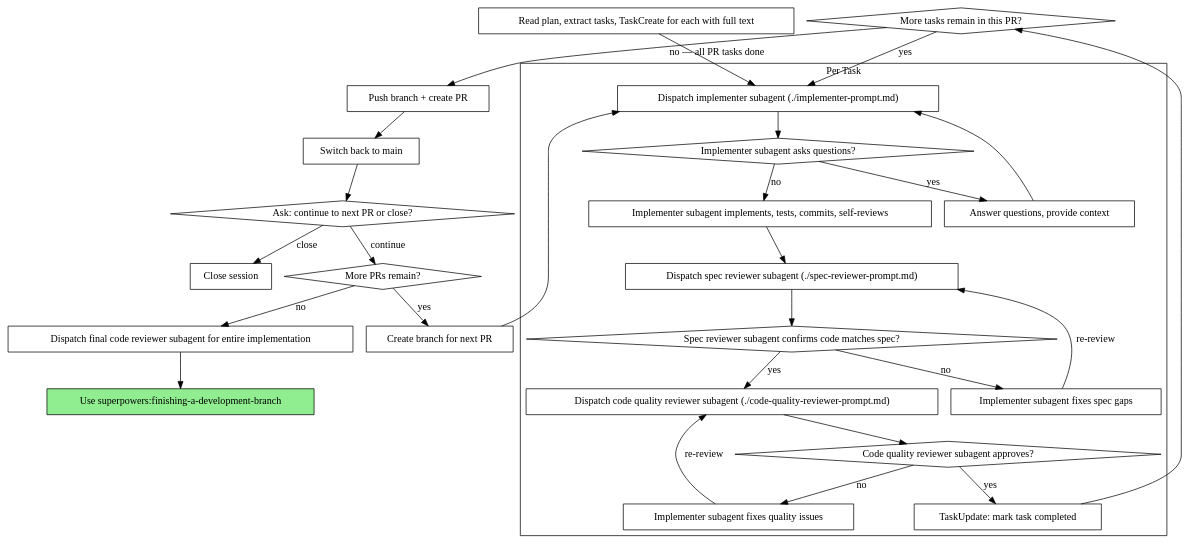
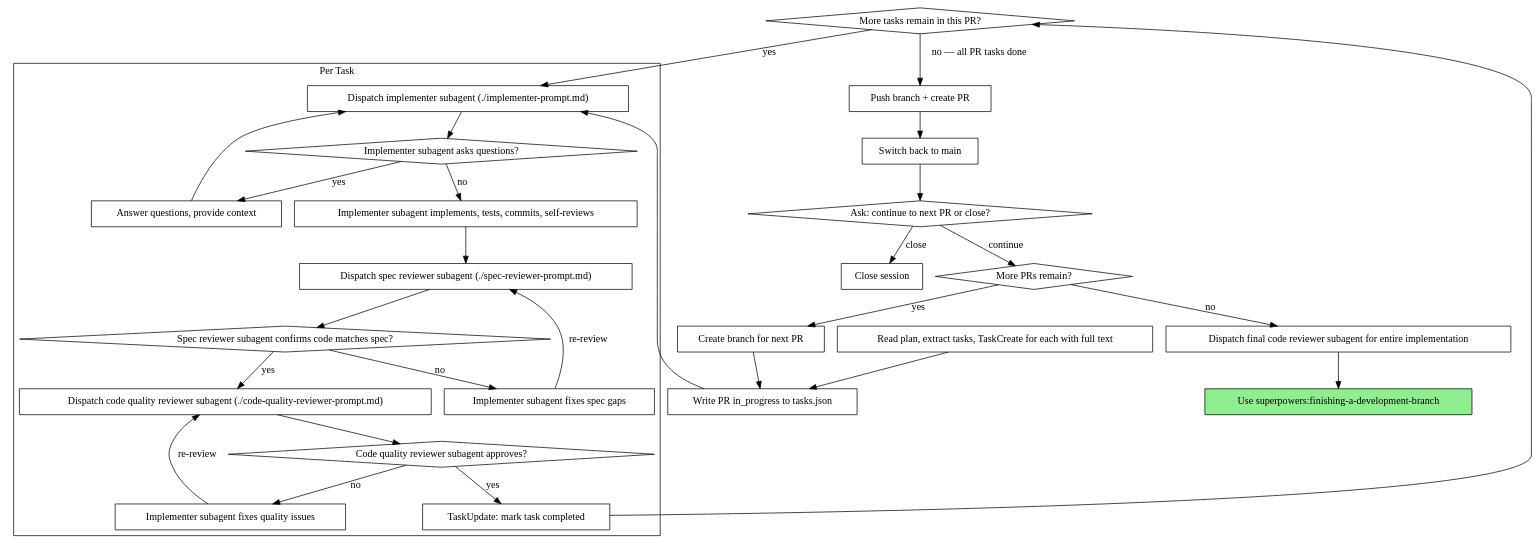
The second of 2 diagrams in plugins/superpowers/skills/subagent-driven-development/SKILL.md (oskar-dragon/claude-code), drawn with Graphviz before and after one commit. The commit also changed other lines of this file, not shown here.

Commit message:
fix(subagent-driven): add session-start tasks.json check and in_progress node to graph

````diff
--- a/plugins/superpowers/skills/subagent-driven-development/SKILL.md
+++ b/plugins/superpowers/skills/subagent-driven-development/SKILL.md
@@ -41,57 +46,59 @@
 ```dot
 digraph process {
     rankdir=TB;
 
     subgraph cluster_per_task {
         label="Per Task";
         "Dispatch implementer subagent (./implementer-prompt.md)" [shape=box];
         "Implementer subagent asks questions?" [shape=diamond];
         "Answer questions, provide context" [shape=box];
         "Implementer subagent implements, tests, commits, self-reviews" [shape=box];
         "Dispatch spec reviewer subagent (./spec-reviewer-prompt.md)" [shape=box];
         "Spec reviewer subagent confirms code matches spec?" [shape=diamond];
         "Implementer subagent fixes spec gaps" [shape=box];
         "Dispatch code quality reviewer subagent (./code-quality-reviewer-prompt.md)" [shape=box];
         "Code quality reviewer subagent approves?" [shape=diamond];
         "Implementer subagent fixes quality issues" [shape=box];
         "TaskUpdate: mark task completed" [shape=box];
     }
 
     "Read plan, extract tasks, TaskCreate for each with full text" [shape=box];
+    "Write PR in_progress to tasks.json" [shape=box];
     "More tasks remain in this PR?" [shape=diamond];
     "Push branch + create PR" [shape=box];
     "Switch back to main" [shape=box];
     "Create branch for next PR" [shape=box];
     "Ask: continue to next PR or close?" [shape=diamond];
     "Close session" [shape=box];
     "More PRs remain?" [shape=diamond];
     "Dispatch final code reviewer subagent for entire implementation" [shape=box];
     "Use superpowers:finishing-a-development-branch" [shape=box style=filled fillcolor=lightgreen];
 
-    "Read plan, extract tasks, TaskCreate for each with full text" -> "Dispatch implementer subagent (./implementer-prompt.md)";
+    "Read plan, extract tasks, TaskCreate for each with full text" -> "Write PR in_progress to tasks.json";
+    "Write PR in_progress to tasks.json" -> "Dispatch implementer subagent (./implementer-prompt.md)";
     "Dispatch implementer subagent (./implementer-prompt.md)" -> "Implementer subagent asks questions?";
     "Implementer subagent asks questions?" -> "Answer questions, provide context" [label="yes"];
     "Answer questions, provide context" -> "Dispatch implementer subagent (./implementer-prompt.md)";
     "Implementer subagent asks questions?" -> "Implementer subagent implements, tests, commits, self-reviews" [label="no"];
     "Implementer subagent implements, tests, commits, self-reviews" -> "Dispatch spec reviewer subagent (./spec-reviewer-prompt.md)";
     "Dispatch spec reviewer subagent (./spec-reviewer-prompt.md)" -> "Spec reviewer subagent confirms code matches spec?";
     "Spec reviewer subagent confirms code matches spec?" -> "Implementer subagent fixes spec gaps" [label="no"];
     "Implementer subagent fixes spec gaps" -> "Dispatch spec reviewer subagent (./spec-reviewer-prompt.md)" [label="re-review"];
     "Spec reviewer subagent confirms code matches spec?" -> "Dispatch code quality reviewer subagent (./code-quality-reviewer-prompt.md)" [label="yes"];
     "Dispatch code quality reviewer subagent (./code-quality-reviewer-prompt.md)" -> "Code quality reviewer subagent approves?";
     "Code quality reviewer subagent approves?" -> "Implementer subagent fixes quality issues" [label="no"];
     "Implementer subagent fixes quality issues" -> "Dispatch code quality reviewer subagent (./code-quality-reviewer-prompt.md)" [label="re-review"];
     "Code quality reviewer subagent approves?" -> "TaskUpdate: mark task completed" [label="yes"];
     "TaskUpdate: mark task completed" -> "More tasks remain in this PR?";
     "More tasks remain in this PR?" -> "Dispatch implementer subagent (./implementer-prompt.md)" [label="yes"];
     "More tasks remain in this PR?" -> "Push branch + create PR" [label="no — all PR tasks done"];
     "Push branch + create PR" -> "Switch back to main";
     "Switch back to main" -> "Ask: continue to next PR or close?";
     "Ask: continue to next PR or close?" -> "More PRs remain?" [label="continue"];
     "Ask: continue to next PR or close?" -> "Close session" [label="close"];
     "More PRs remain?" -> "Create branch for next PR" [label="yes"];
-    "Create branch for next PR" -> "Dispatch implementer subagent (./implementer-prompt.md)";
+    "Create branch for next PR" -> "Write PR in_progress to tasks.json";
     "More PRs remain?" -> "Dispatch final code reviewer subagent for entire implementation" [label="no"];
     "Dispatch final code reviewer subagent for entire implementation" -> "Use superpowers:finishing-a-development-branch";
 }
 ```
````
